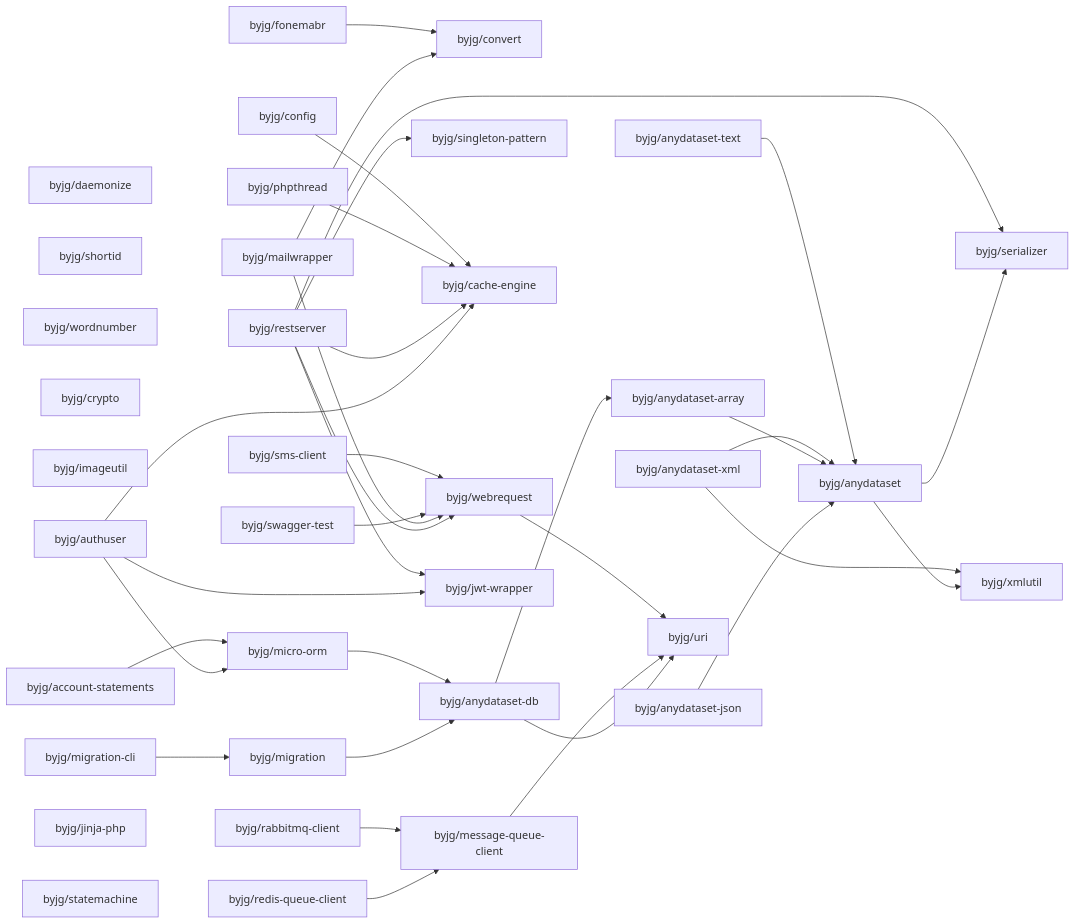
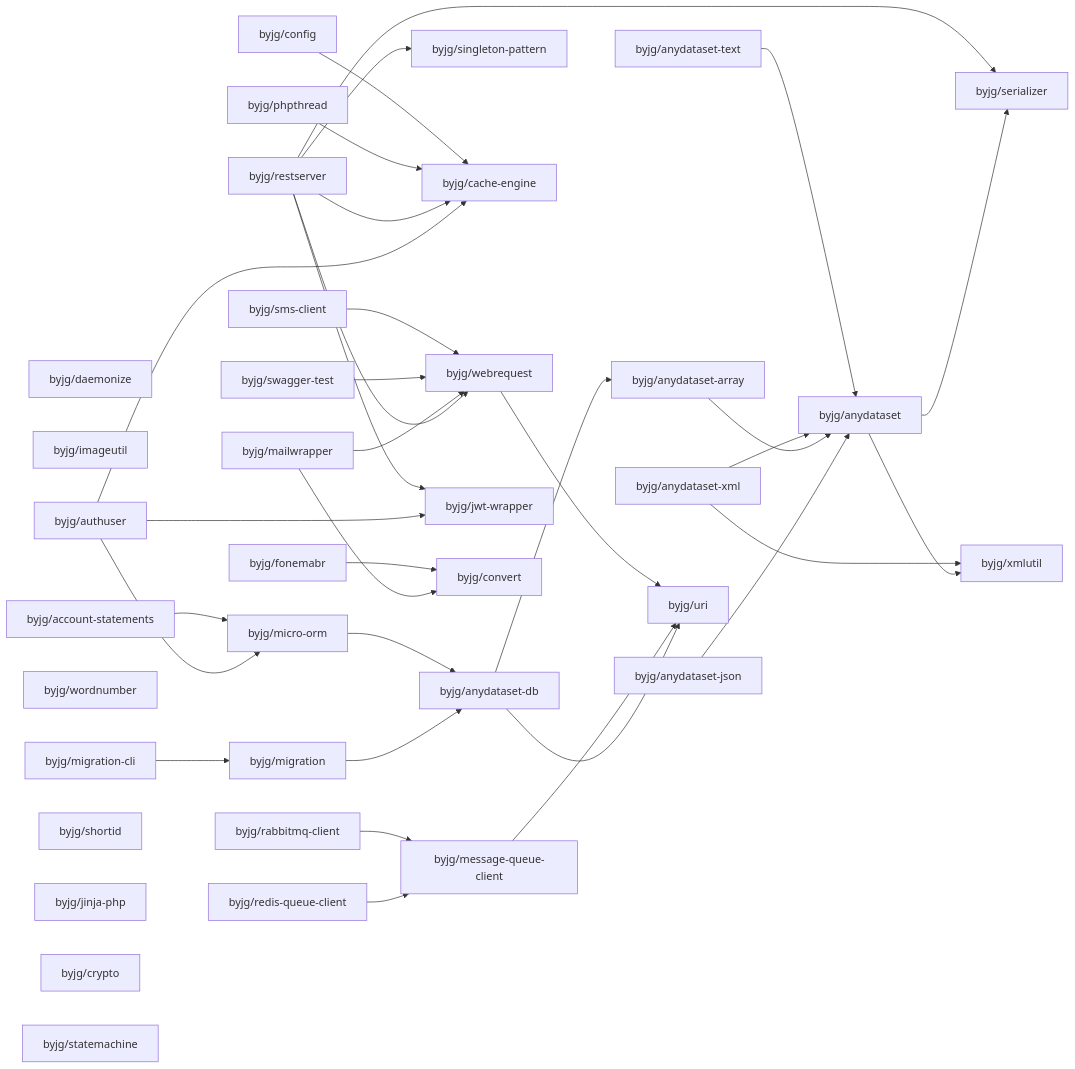
Before and after one commit to byjg/byjg.github.io: the diagram in php/README.md, drawn with Mermaid. The commit also changed other lines of this file and 1 other file, not shown here.

Commit message:
Update documentation 'php' 'php-sms-client'

````diff
--- a/php/README.md
+++ b/php/README.md
@@ -3,71 +3,71 @@
 ```mermaid
 graph LR;
-  byjg/fonemabr;
+  byjg/sms-client;
+  byjg/config;
+  byjg/anydataset-text;
+  byjg/daemonize;
+  byjg/phpthread;
+  byjg/imageutil;
   byjg/swagger-test;
-  byjg/phpthread;
+  byjg/authuser;
+  byjg/account-statements;
+  byjg/wordnumber;
+  byjg/anydataset-xml;
+  byjg/migration-cli;
+  byjg/redis-queue-client;
+  byjg/mailwrapper;
+  byjg/shortid;
+  byjg/jinja-php;
+  byjg/rabbitmq-client;
   byjg/anydataset-json;
-  byjg/sms-client;
-  byjg/rabbitmq-client;
-  byjg/anydataset-xml;
-  byjg/mailwrapper;
-  byjg/daemonize;
-  byjg/anydataset-text;
-  byjg/config;
-  byjg/shortid;
-  byjg/wordnumber;
   byjg/crypto;
-  byjg/imageutil;
-  byjg/redis-queue-client;
-  byjg/account-statements;
-  byjg/migration-cli;
-  byjg/authuser;
-  byjg/jinja-php;
   byjg/restserver;
   byjg/statemachine;
-  byjg/convert;
+  byjg/fonemabr;
+  byjg/micro-orm;
+  byjg/migration;
   byjg/message-queue-client;
-  byjg/migration;
-  byjg/micro-orm;
   byjg/singleton-pattern;
   byjg/cache-engine;
   byjg/webrequest;
   byjg/jwt-wrapper;
+  byjg/convert;
   byjg/anydataset-db;
   byjg/anydataset-array;
   byjg/uri;
   byjg/anydataset;
   byjg/serializer;
   byjg/xmlutil;
   byjg/sms-client --> byjg/webrequest;
   byjg/fonemabr --> byjg/convert;
   byjg/config --> byjg/cache-engine;
   byjg/anydataset-text --> byjg/anydataset;
   byjg/webrequest --> byjg/uri;
   byjg/account-statements --> byjg/micro-orm;
   byjg/rabbitmq-client --> byjg/message-queue-client;
   byjg/micro-orm --> byjg/anydataset-db;
   byjg/phpthread --> byjg/cache-engine;
   byjg/swagger-test --> byjg/webrequest;
   byjg/anydataset-xml --> byjg/anydataset;
   byjg/anydataset-xml --> byjg/xmlutil;
   byjg/anydataset-array --> byjg/anydataset;
   byjg/mailwrapper --> byjg/convert;
   byjg/mailwrapper --> byjg/webrequest;
   byjg/message-queue-client --> byjg/uri;
   byjg/anydataset-db --> byjg/anydataset-array;
   byjg/anydataset-db --> byjg/uri;
   byjg/anydataset-json --> byjg/anydataset;
   byjg/migration --> byjg/anydataset-db;
   byjg/redis-queue-client --> byjg/message-queue-client;
   byjg/restserver --> byjg/serializer;
   byjg/restserver --> byjg/singleton-pattern;
   byjg/restserver --> byjg/cache-engine;
   byjg/restserver --> byjg/webrequest;
   byjg/restserver --> byjg/jwt-wrapper;
   byjg/authuser --> byjg/micro-orm;
   byjg/authuser --> byjg/cache-engine;
   byjg/authuser --> byjg/jwt-wrapper;
   byjg/migration-cli --> byjg/migration;
   byjg/anydataset --> byjg/serializer;
   byjg/anydataset --> byjg/xmlutil;
 ```
````
